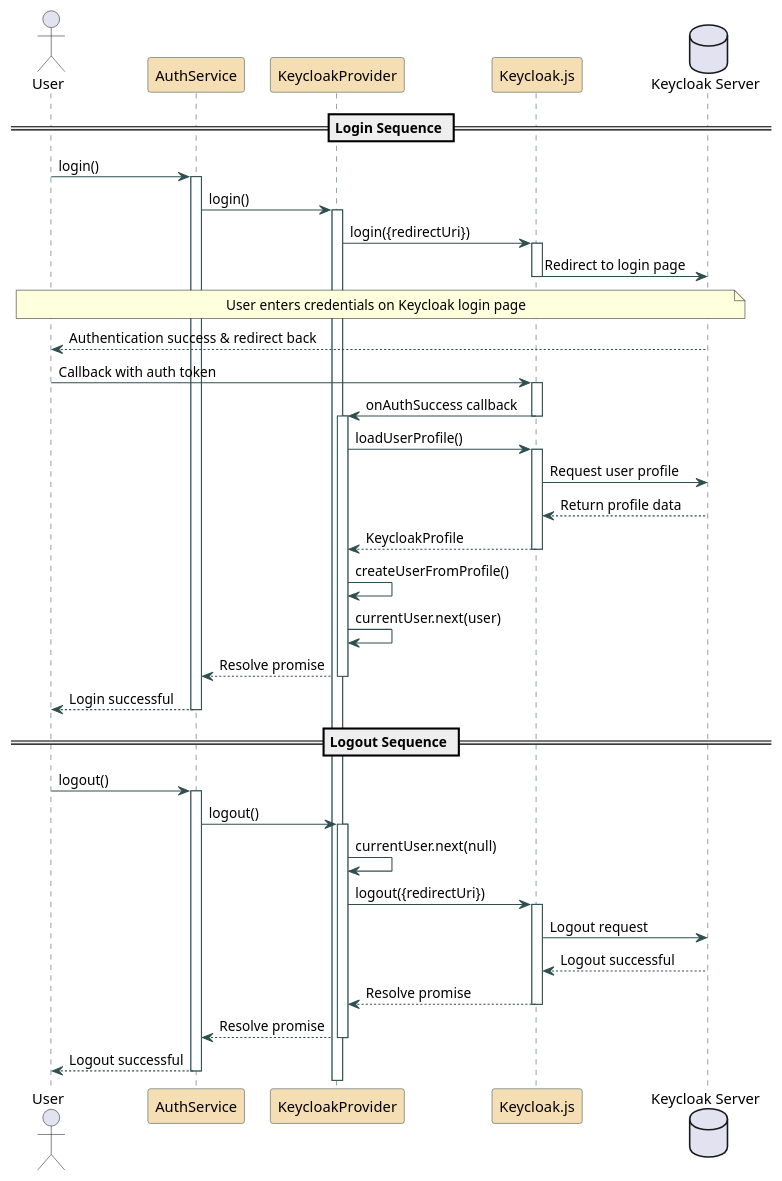
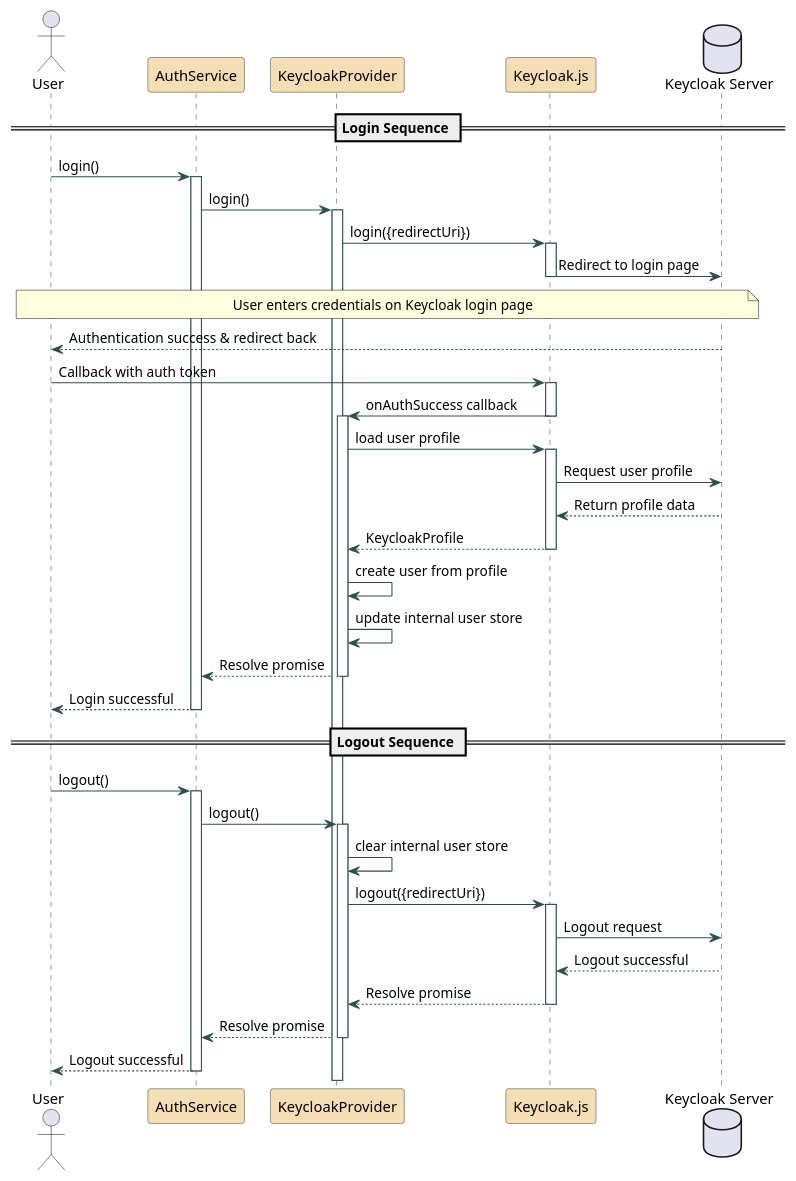
Before and after one commit to CPNV-ES-BI1-RIA2-ETL-INTERNAL-SOURCE/INTERNAL-SOURCE-FRONT-END: the diagram in doc/authentification/login-sequence.puml, drawn with PlantUML.

Commit message:
docs: update login sequence to be less code based

```diff
--- a/doc/authentification/login-sequence.puml
+++ b/doc/authentification/login-sequence.puml
@@ -1,70 +1,70 @@
 @startuml login-sequence
 
 ' Color scheme
 skinparam sequenceArrowColor DarkSlateGray
 skinparam sequenceGroupBackgroundColor LightCyan
 skinparam sequenceLifeLineBorderColor DarkSlateGray
 skinparam sequenceParticipantBackgroundColor Wheat
 skinparam sequenceParticipantBorderColor DarkSlateGray
 
 actor User
 participant "AuthService" as Auth
 participant "KeycloakProvider" as Provider
 participant "Keycloak.js" as Keycloak
 database "Keycloak Server" as Server
 
 == Login Sequence ==
 
 User -> Auth: login()
 activate Auth
 Auth -> Provider: login()
 activate Provider
 Provider -> Keycloak: login({redirectUri})
 activate Keycloak
 Keycloak -> Server: Redirect to login page
 deactivate Keycloak
 
 note over User, Server
   User enters credentials on Keycloak login page
 end note
 
 Server --> User: Authentication success & redirect back
 User -> Keycloak: Callback with auth token
 activate Keycloak
 Keycloak -> Provider: onAuthSuccess callback
 deactivate Keycloak
 activate Provider
 
-Provider -> Keycloak: loadUserProfile()
+Provider -> Keycloak: load user profile
 activate Keycloak
 Keycloak -> Server: Request user profile
 Server --> Keycloak: Return profile data
 Keycloak --> Provider: KeycloakProfile
 deactivate Keycloak
 
-Provider -> Provider: createUserFromProfile()
-Provider -> Provider: currentUser.next(user)
+Provider -> Provider: create user from profile
+Provider -> Provider: update internal user store
 Provider --> Auth: Resolve promise
 deactivate Provider
 Auth --> User: Login successful
 deactivate Auth
 
 == Logout Sequence ==
 
 User -> Auth: logout()
 activate Auth
 Auth -> Provider: logout()
 activate Provider
-Provider -> Provider: currentUser.next(null)
+Provider -> Provider: clear internal user store
 Provider -> Keycloak: logout({redirectUri})
 activate Keycloak
 Keycloak -> Server: Logout request
 Server --> Keycloak: Logout successful
 Keycloak --> Provider: Resolve promise
 deactivate Keycloak
 Provider --> Auth: Resolve promise
 deactivate Provider
 Auth --> User: Logout successful
 deactivate Auth
 
 @enduml
```
